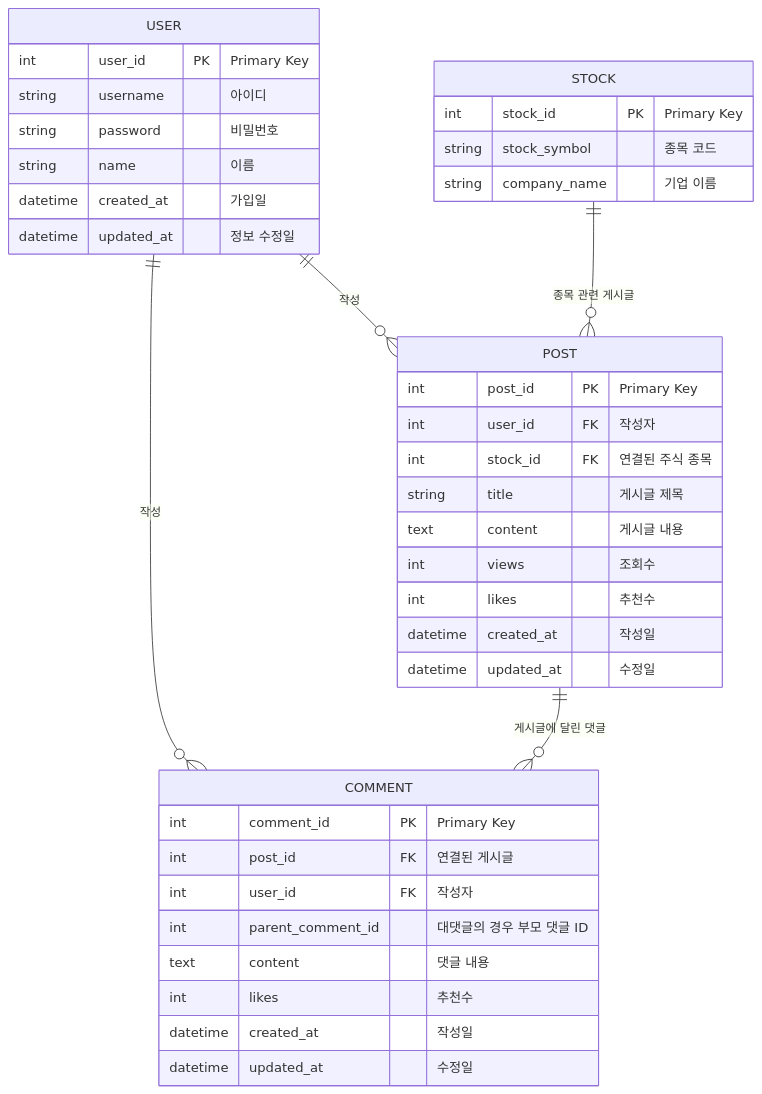
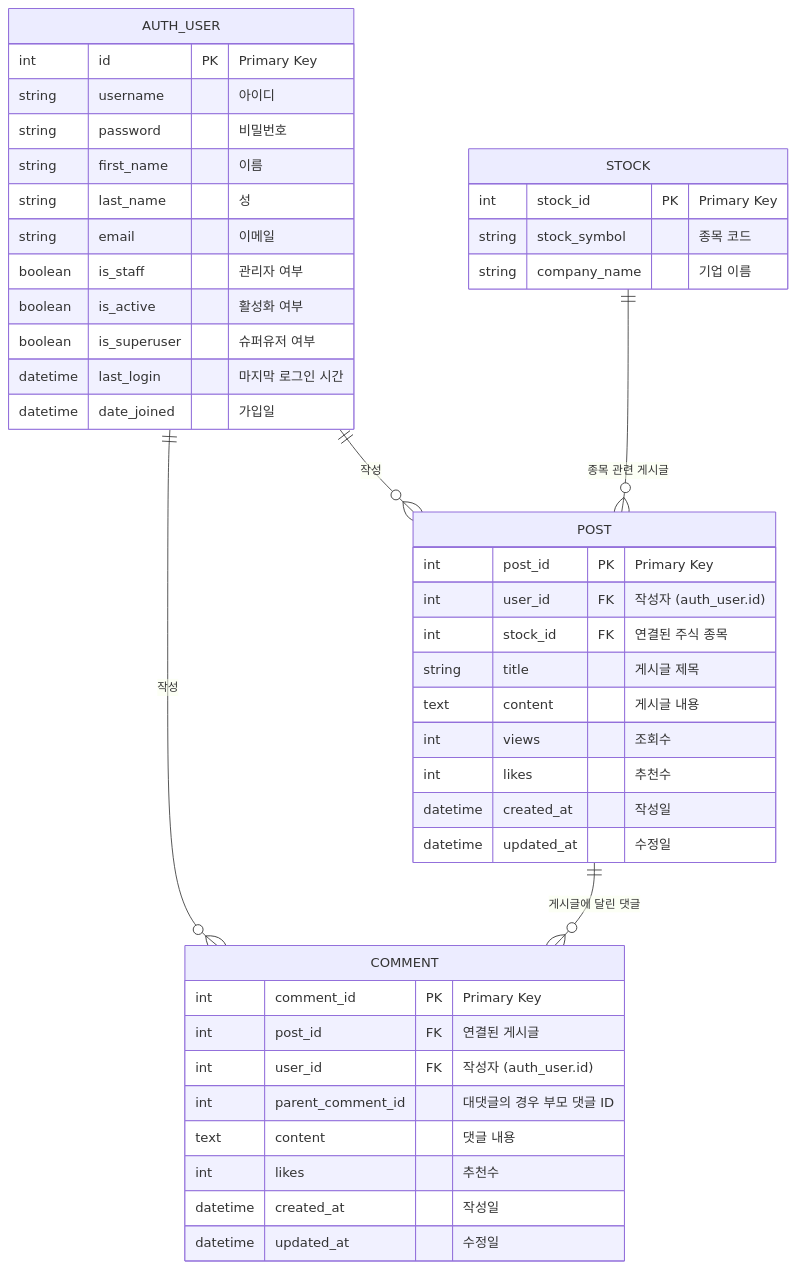
Before and after one commit to Donggyu-Kim1/stalk: the third of 3 diagrams in README.md, drawn with Mermaid. The commit also changed other lines of this file, not shown here.

Commit message:
리드미 ERD 수정

````diff
--- a/README.md
+++ b/README.md
@@ -260,45 +260,50 @@
 ```mermaid
 erDiagram
-    USER {
-        int user_id PK "Primary Key"
+    AUTH_USER {
+        int id PK "Primary Key"
         string username "아이디"
         string password "비밀번호"
-        string name "이름"
-        datetime created_at "가입일"
-        datetime updated_at "정보 수정일"
+        string first_name "이름"
+        string last_name "성"
+        string email "이메일"
+        boolean is_staff "관리자 여부"
+        boolean is_active "활성화 여부"
+        boolean is_superuser "슈퍼유저 여부"
+        datetime last_login "마지막 로그인 시간"
+        datetime date_joined "가입일"
     }
 
     POST {
         int post_id PK "Primary Key"
-        int user_id FK "작성자"
+        int user_id FK "작성자 (auth_user.id)"
         int stock_id FK "연결된 주식 종목"
         string title "게시글 제목"
         text content "게시글 내용"
         int views "조회수"
         int likes "추천수"
         datetime created_at "작성일"
         datetime updated_at "수정일"
     }
 
     COMMENT {
         int comment_id PK "Primary Key"
         int post_id FK "연결된 게시글"
-        int user_id FK "작성자"
+        int user_id FK "작성자 (auth_user.id)"
         int parent_comment_id "대댓글의 경우 부모 댓글 ID"
         text content "댓글 내용"
         int likes "추천수"
         datetime created_at "작성일"
         datetime updated_at "수정일"
     }
 
     STOCK {
         int stock_id PK "Primary Key"
         string stock_symbol "종목 코드"
         string company_name "기업 이름"
     }
 
-    USER ||--o{ POST : "작성"
-    USER ||--o{ COMMENT : "작성"
+    AUTH_USER ||--o{ POST : "작성"
+    AUTH_USER ||--o{ COMMENT : "작성"
     POST ||--o{ COMMENT : "게시글에 달린 댓글"
     STOCK ||--o{ POST : "종목 관련 게시글"
 ```
````
